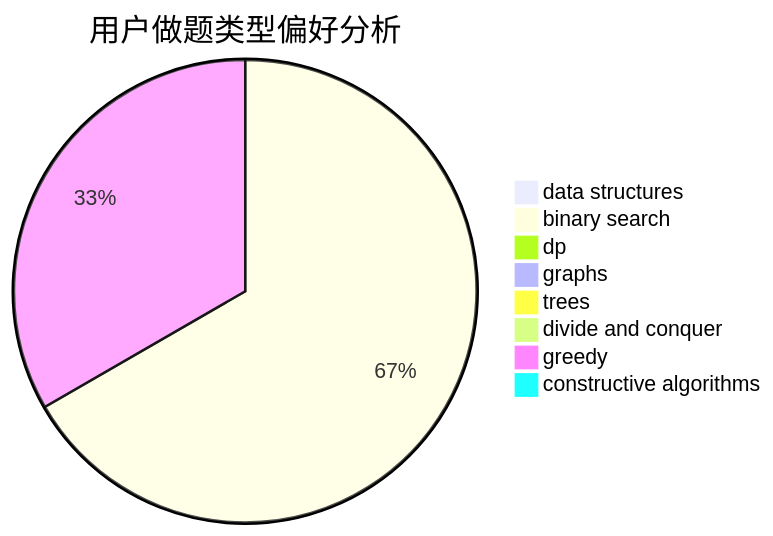
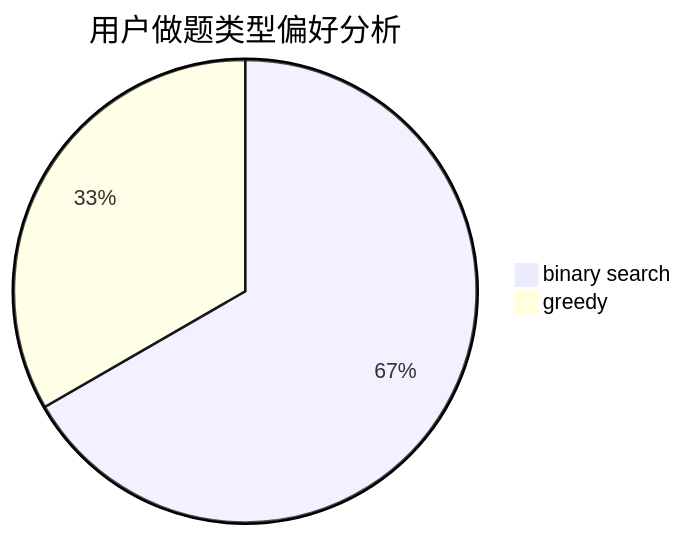
One commit to sherpahu/cfrs.github.io changed the second of 3 diagrams in docs/user/u1553.md. Above: the diagram before and after it, drawn with Mermaid. The commit also changed other lines of this file and 2770 other files, not shown here.

````diff
--- a/docs/user/u1553.md
+++ b/docs/user/u1553.md
@@ -18,11 +15,5 @@
 ```mermaid
 pie title 用户做题类型偏好分析
-    "data structures" :  0
     "binary search" :  12
-    "dp" :  0
-    "graphs" :  0
-    "trees" :  0
-    "divide and conquer" :  0
     "greedy" :  6
-    "constructive algorithms" :  0
 ```
````
